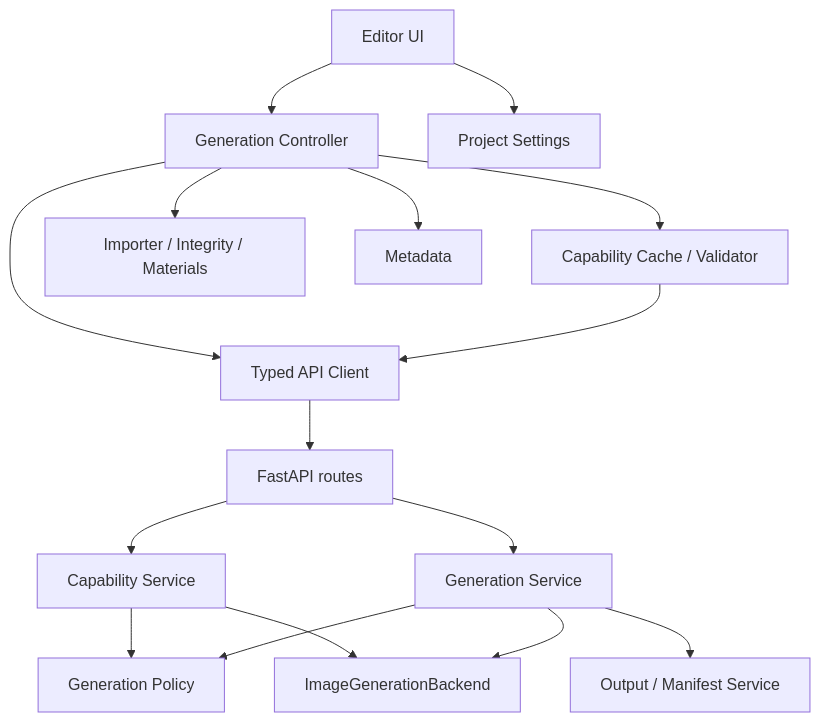
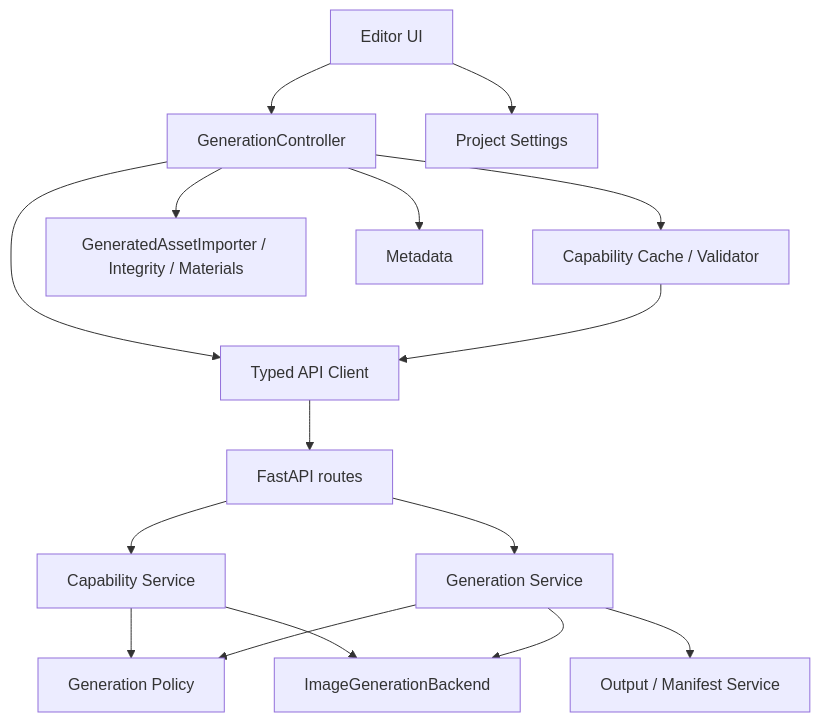
One commit to skepticworks/Unity-AI-Asset-Generator changed the fifth of 10 diagrams in ARCHITECTURE.md. Above: the diagram before and after it, drawn with Mermaid. The commit also changed other lines of this file and 40 other files, not shown here.

First line of the commit message:
Consolidate architecture for Milestone 4.5 without changing product behavior.

````diff
--- a/ARCHITECTURE.md
+++ b/ARCHITECTURE.md
@@ -111,32 +115,32 @@
 ```mermaid
 flowchart TB
   UI[Editor UI]
-  Ctrl[Generation Controller]
+  Ctrl[GenerationController]
   Caps[Capability Cache / Validator]
   ApiClient[Typed API Client]
-  Import[Importer / Integrity / Materials]
+  Import[GeneratedAssetImporter / Integrity / Materials]
   Meta[Metadata]
   Settings[Project Settings]
   FastAPI[FastAPI routes]
   CapSvc[Capability Service]
   GenSvc[Generation Service]
   Policy[Generation Policy]
   Out[Output / Manifest Service]
   Inference[ImageGenerationBackend]
 
   UI --> Ctrl
   UI --> Settings
   Ctrl --> Caps
   Ctrl --> ApiClient
   Ctrl --> Import
   Ctrl --> Meta
   Caps --> ApiClient
   ApiClient --> FastAPI
   FastAPI --> CapSvc
   FastAPI --> GenSvc
   CapSvc --> Policy
   CapSvc --> Inference
   GenSvc --> Policy
   GenSvc --> Inference
   GenSvc --> Out
 ```
````
